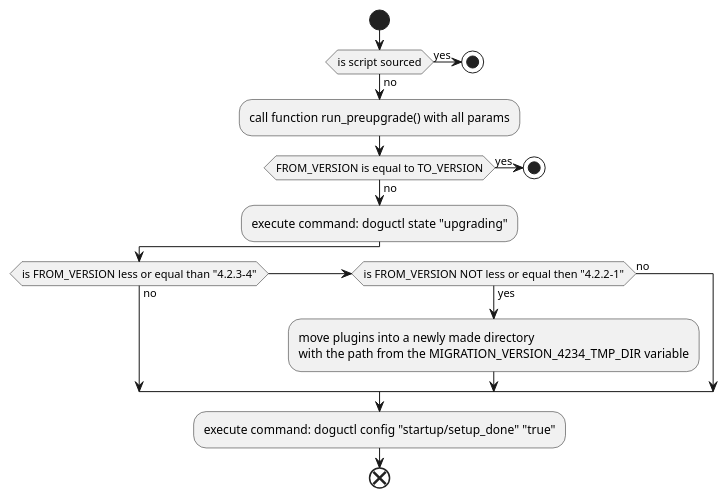
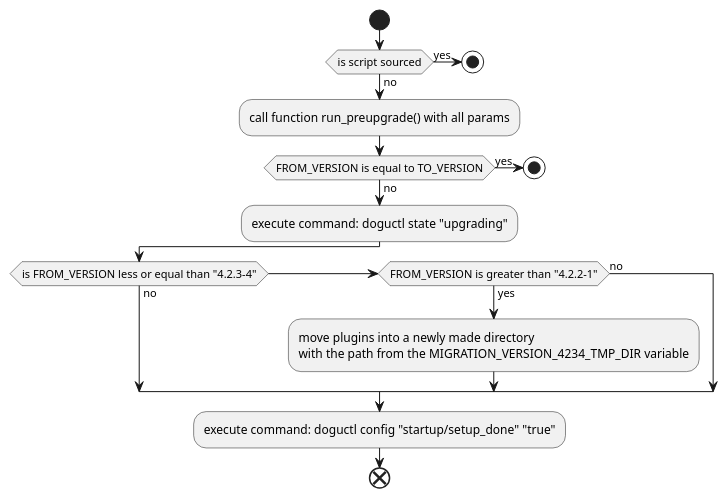
One commit to cloudogu/redmine changed the diagram in docs/development/figures/pre_upgrade_workflow.puml. Above: the diagram before and after it, drawn with PlantUML. The commit also changed 1 other file, not shown here.

Commit message:
#80 invert condition in activity diagram
double negated conditions are not easy to read

```diff
--- a/docs/development/figures/pre_upgrade_workflow.puml
+++ b/docs/development/figures/pre_upgrade_workflow.puml
@@ -1,26 +1,26 @@
 @startuml
 start
 
 if (is script sourced) then (yes)
     stop
 else (no)
     :call function run_preupgrade() with all params;
 endif
 
 if (FROM_VERSION is equal to TO_VERSION) then (yes)
     stop
 else (no)
     :execute command: doguctl state "upgrading";
 endif
 
 if (is FROM_VERSION less or equal than "4.2.3-4") then (no)
-    elseif (is FROM_VERSION NOT less or equal then "4.2.2-1") then (yes)
+    elseif (FROM_VERSION is greater than "4.2.2-1") then (yes)
     :move plugins into a newly made directory
     with the path from the MIGRATION_VERSION_4234_TMP_DIR variable;
    else (no)
 endif
 
 :execute command: doguctl config "startup/setup_done" "true";
 end
 
 @enduml
```
